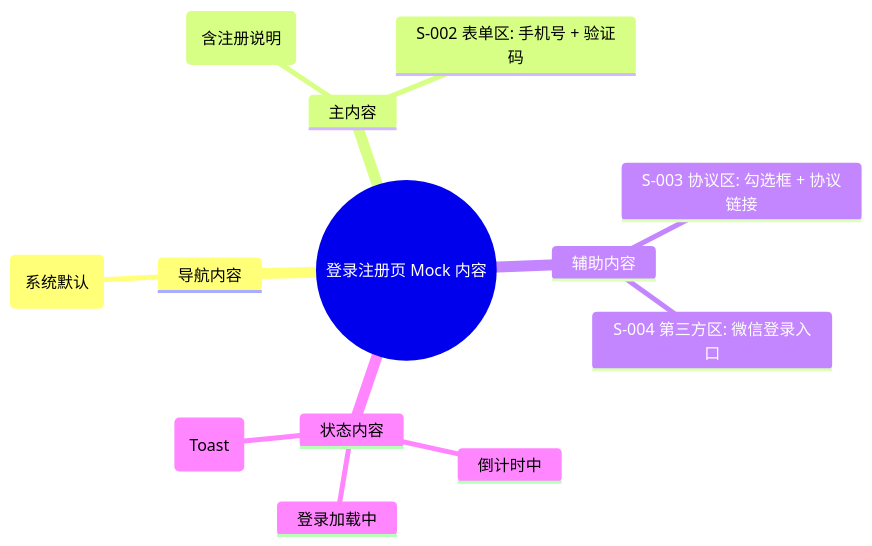
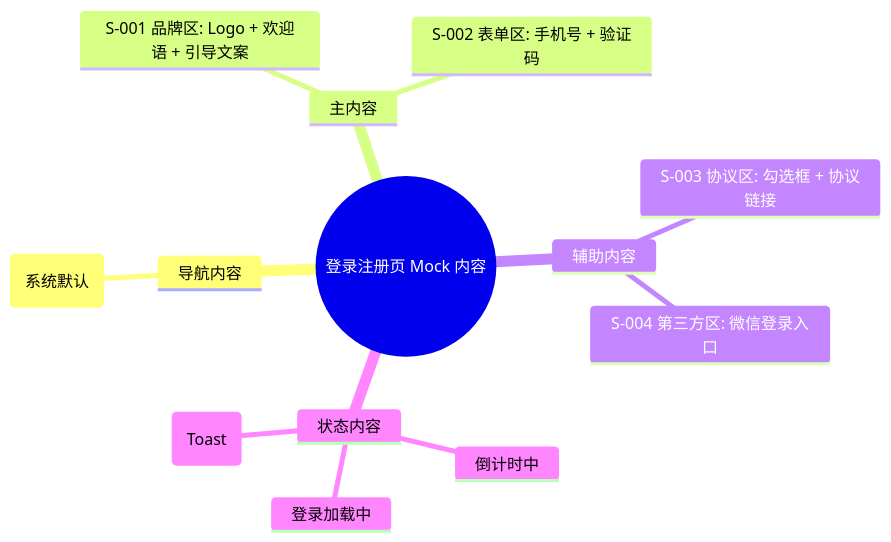
The diagram in product/release/mock/010-login.md (WangTW98/PM-Document-Skills), drawn with Mermaid before and after one commit. The commit also changed other lines of this file and 21 other files, not shown here.

````diff
--- a/product/release/mock/010-login.md
+++ b/product/release/mock/010-login.md
@@ -55,16 +55,16 @@
 ```mermaid
 mindmap
   root((登录注册页 Mock 内容))
     导航内容
       状态栏 (系统默认)
     主内容
-      S-001 品牌区: Logo + 欢迎语 (含注册说明)
+      S-001 品牌区: Logo + 欢迎语 + 引导文案
       S-002 表单区: 手机号 + 验证码
     辅助内容
       S-003 协议区: 勾选框 + 协议链接
       S-004 第三方区: 微信登录入口
     状态内容
       倒计时中
       登录加载中
       错误提示 (Toast)
 ```
````
